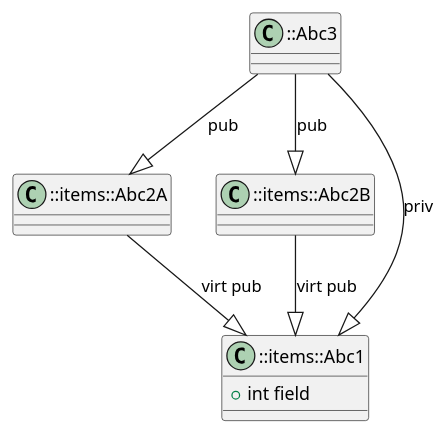
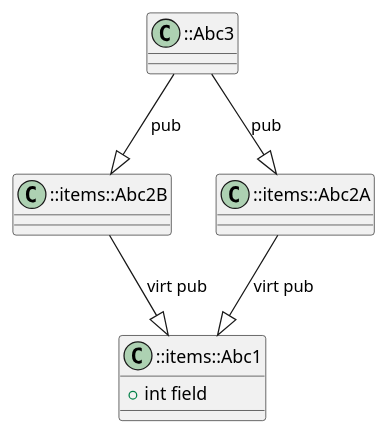
One commit to anetczuk/gcc-uml changed the diagram in examples/inheritgraph/inherit_diamond2.cpp.puml. Above: the diagram before and after it, drawn with PlantUML. The commit also changed 16 other files, not shown here.

```diff
--- a/examples/inheritgraph/inherit_diamond2.cpp.puml
+++ b/examples/inheritgraph/inherit_diamond2.cpp.puml
@@ -1,24 +1,22 @@
 @startuml
 
 class "::Abc3" as item_0 {
 }
-class "::items::Abc2A" as item_1 {
+class "::items::Abc2B" as item_1 {
 }
-class "::items::Abc2B" as item_2 {
+class "::items::Abc2A" as item_2 {
 }
 class "::items::Abc1" as item_3 {
     {field} + int field
 }
 
 ' ::Abc3 --|> ::items::Abc2B
+item_0 --|> item_1: "pub"
+' ::Abc3 --|> ::items::Abc2A
 item_0 --|> item_2: "pub"
-' ::Abc3 --|> ::items::Abc2A
-item_0 --|> item_1: "pub"
-' ::Abc3 --|> ::items::Abc1
-item_0 --|> item_3: "priv"
+' ::items::Abc2B --|> ::items::Abc1
+item_1 --|> item_3: "virt pub"
 ' ::items::Abc2A --|> ::items::Abc1
-item_1 --|> item_3: "virt pub"
-' ::items::Abc2B --|> ::items::Abc1
 item_2 --|> item_3: "virt pub"
 
 @enduml
```
